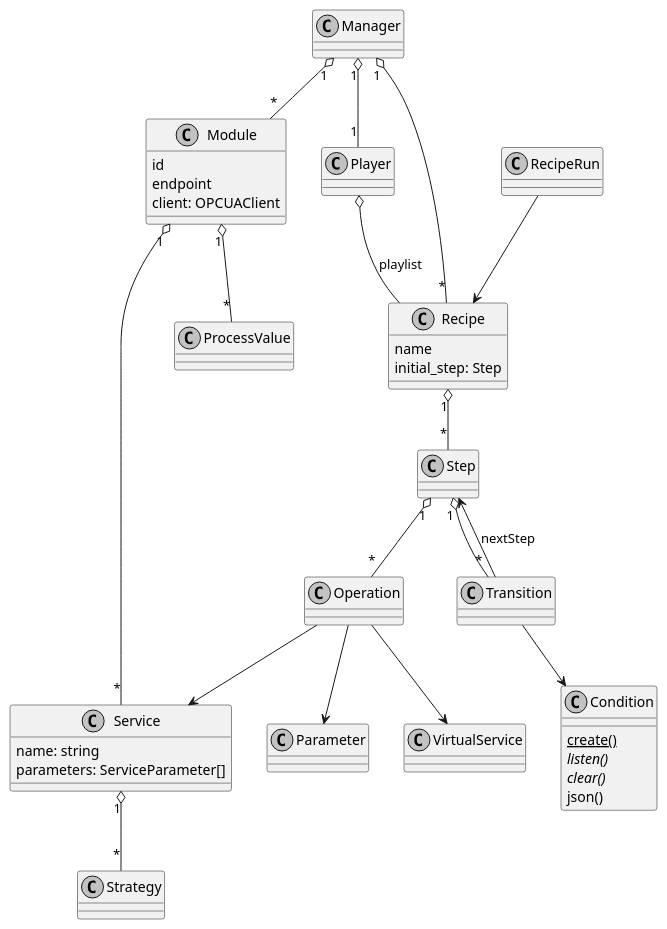
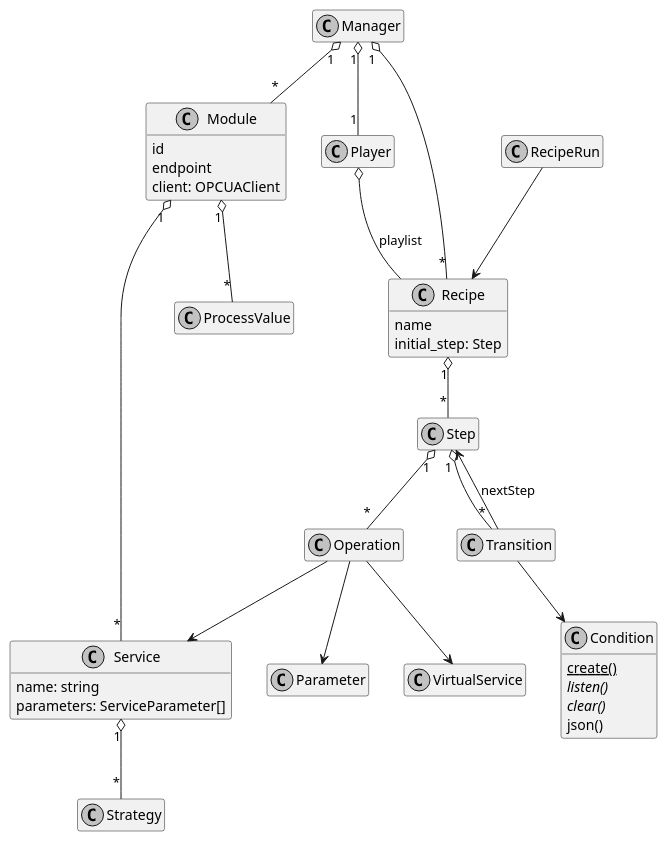
The diagram in doc/classdiagram.puml (p2o-lab/polaris-backend), drawn with PlantUML before and after one commit. The commit also changed 11 other files, not shown here.

Commit message:
add UML diagrams

```diff
--- a/doc/classdiagram.puml
+++ b/doc/classdiagram.puml
@@ -1,73 +1,75 @@
 @startuml
 skinparam monochrome true
+hide empty methods
+hide empty fields
 
 class Manager
 class Module {
     id
     endpoint
     client: OPCUAClient
 }
 class Operation
 class Parameter
 class Player
 
 Player o-- Recipe : playlist
 class Recipe {
     name
     initial_step: Step
 }
 class RecipeRun
 RecipeRun --> Recipe
 class Service {
     name: string
     parameters: ServiceParameter[]
 }
 class ProcessValue
 class Strategy
 class Condition{
     {static} create()
     {abstract} listen()
     {abstract} clear()
     json()
 }
 'class NotCondition
 'class AndCondition
 'class OrCondition
 'class StateCondition
 'class VariableCondition
 'class TimeCondition {
 '    duration
 '}
 
 
 'NotCondition --|> Condition
 'AndCondition --|> Condition
 'OrCondition --|> Condition
 'TimeCondition --|> Condition
 'VariableCondition --|> Condition
 'StateCondition --|> Condition
 
 Manager "1" o-- "*" Module
 Manager "1" o-- "*" Recipe
 Manager "1" o-- "1" Player
 
 Module "1" o-- "*" Service
 Module "1" o-- "*" ProcessValue
 
 Service "1" o-- "*" Strategy
 
 Recipe "1" o-- "*" Step
 Step "1" o-- "*" Operation
 Step "1" o-- "*" Transition
 
 Transition --> Step : nextStep
 Transition --> Condition
 
 Operation --> Service
 Operation --> Parameter
 Operation --> VirtualService
 
 class VirtualService {
 }
 
 @enduml
```
